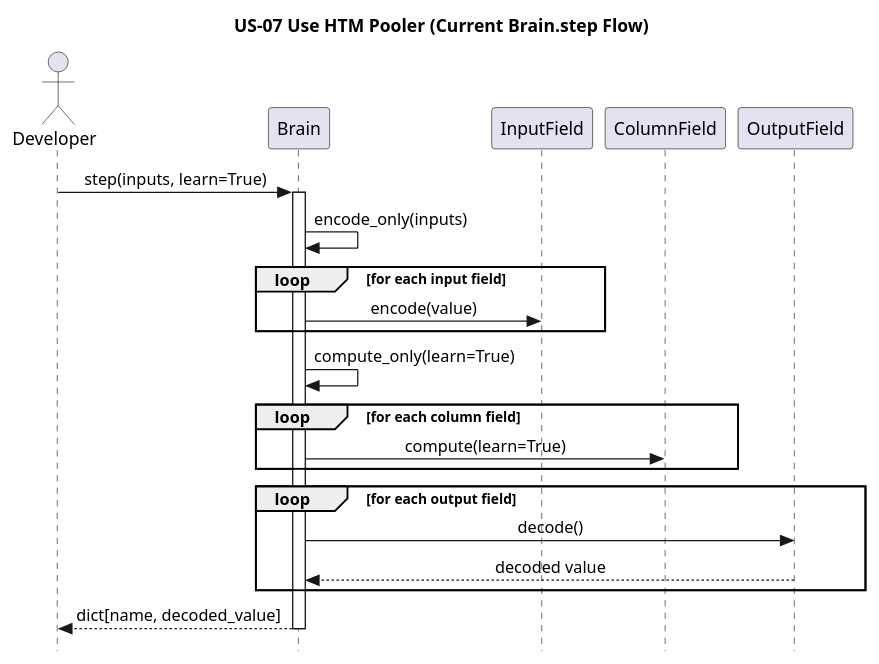
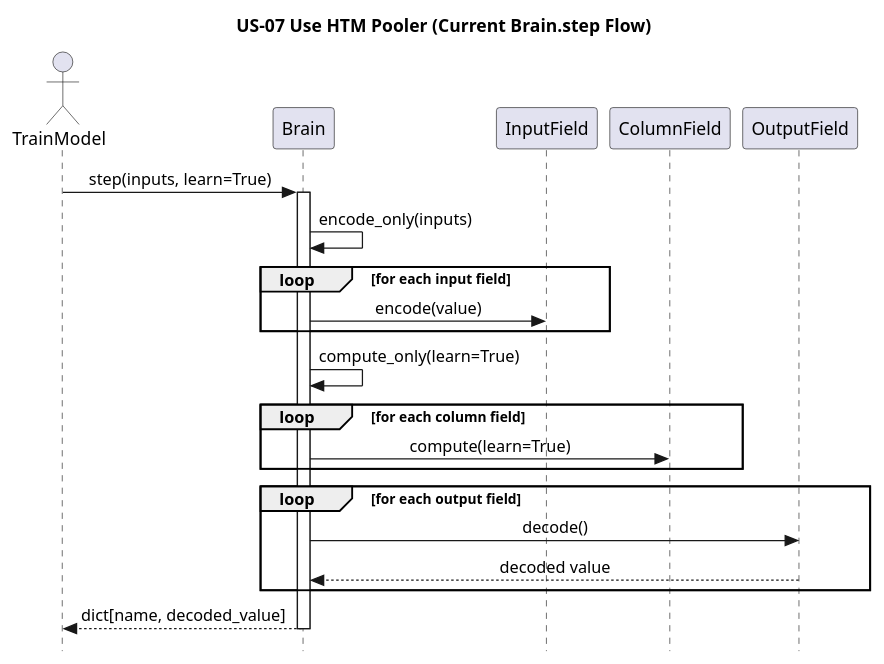
The diagram in docs/puml/US/us-07.puml (egrembocki/htmrl), drawn with PlantUML before and after one commit. The commit also changed 6 other files, not shown here.

```diff
--- a/docs/puml/US/us-07.puml
+++ b/docs/puml/US/us-07.puml
@@ -1,33 +1,33 @@
 @startuml
 skinparam style strictuml
 skinparam sequenceMessageAlign center
 skinparam responseMessageBelowArrow true
 title US-07 Use HTM Pooler (Current Brain.step Flow)
 
-actor Developer
+actor TrainModel
 participant "Brain" as BR
 participant "InputField" as IF
 participant "ColumnField" as CF
 participant "OutputField" as OF
 
-Developer -> BR: step(inputs, learn=True)
+TrainModel -> BR: step(inputs, learn=True)
 activate BR
 
 BR -> BR: encode_only(inputs)
 loop for each input field
   BR -> IF: encode(value)
 end
 
 BR -> BR: compute_only(learn=True)
 loop for each column field
   BR -> CF: compute(learn=True)
 end
 
 loop for each output field
   BR -> OF: decode()
   OF --> BR: decoded value
 end
 
-BR --> Developer: dict[name, decoded_value]
+BR --> TrainModel: dict[name, decoded_value]
 deactivate BR
 @enduml
```
